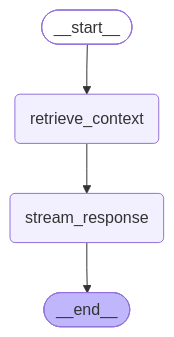
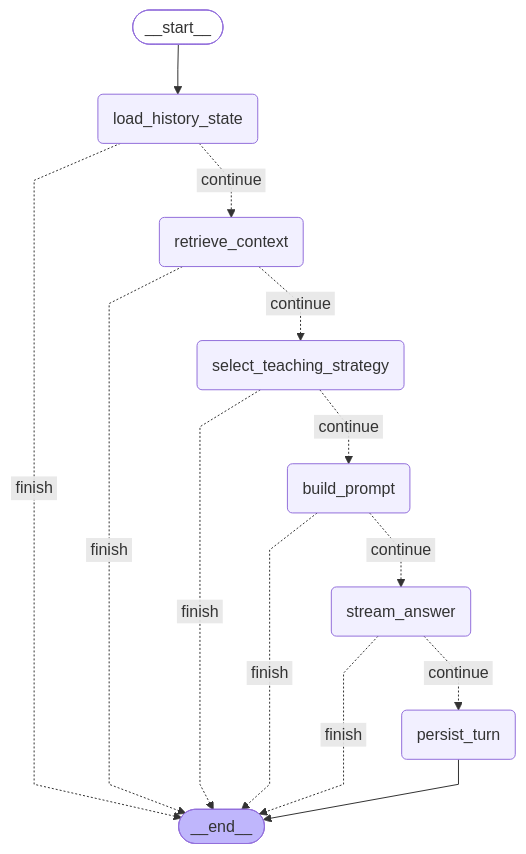
The diagram in backend/scripts/.generated_workflow_diagrams/interact_flow.md (aiteachme/AITeachMe), drawn with Mermaid before and after one commit. The commit also changed other lines of this file and 193 other files, not shown here.

````diff
--- a/backend/scripts/.generated_workflow_diagrams/interact_flow.md
+++ b/backend/scripts/.generated_workflow_diagrams/interact_flow.md
@@ -5,18 +5,31 @@
 ```mermaid
 ---
 config:
   flowchart:
     curve: linear
 ---
 graph TD;
 	__start__([<p>__start__</p>]):::first
+	load_history_state(load_history_state)
 	retrieve_context(retrieve_context)
-	stream_response(stream_response)
+	select_teaching_strategy(select_teaching_strategy)
+	build_prompt(build_prompt)
+	stream_answer(stream_answer)
+	persist_turn(persist_turn)
 	__end__([<p>__end__</p>]):::last
-	__start__ --> retrieve_context;
-	retrieve_context --> stream_response;
-	stream_response --> __end__;
+	__start__ --> load_history_state;
+	build_prompt -. &nbsp;finish&nbsp; .-> __end__;
+	build_prompt -. &nbsp;continue&nbsp; .-> stream_answer;
+	load_history_state -. &nbsp;finish&nbsp; .-> __end__;
+	load_history_state -. &nbsp;continue&nbsp; .-> retrieve_context;
+	retrieve_context -. &nbsp;finish&nbsp; .-> __end__;
+	retrieve_context -. &nbsp;continue&nbsp; .-> select_teaching_strategy;
+	select_teaching_strategy -. &nbsp;finish&nbsp; .-> __end__;
+	select_teaching_strategy -. &nbsp;continue&nbsp; .-> build_prompt;
+	stream_answer -. &nbsp;finish&nbsp; .-> __end__;
+	stream_answer -. &nbsp;continue&nbsp; .-> persist_turn;
+	persist_turn --> __end__;
 	classDef default fill:#f2f0ff,line-height:1.2
 	classDef first fill-opacity:0
 	classDef last fill:#bfb6fc
 ```
````
